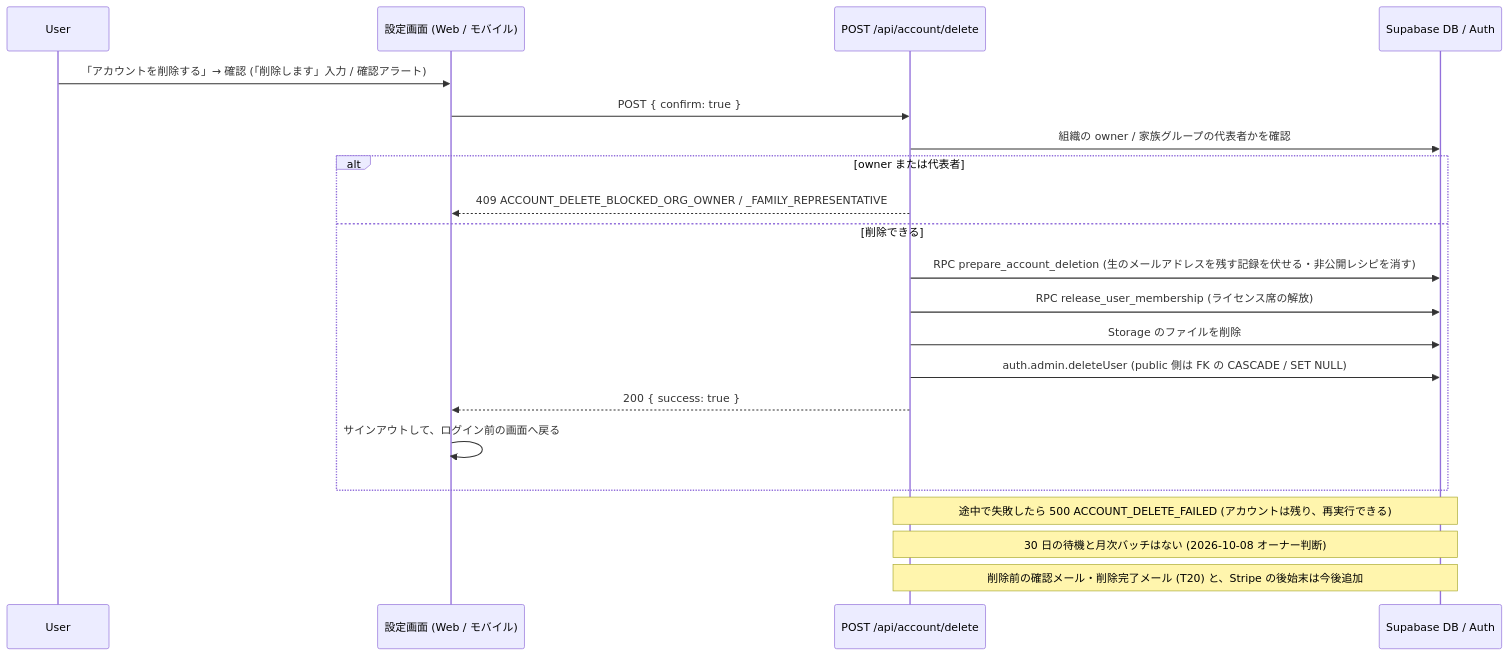
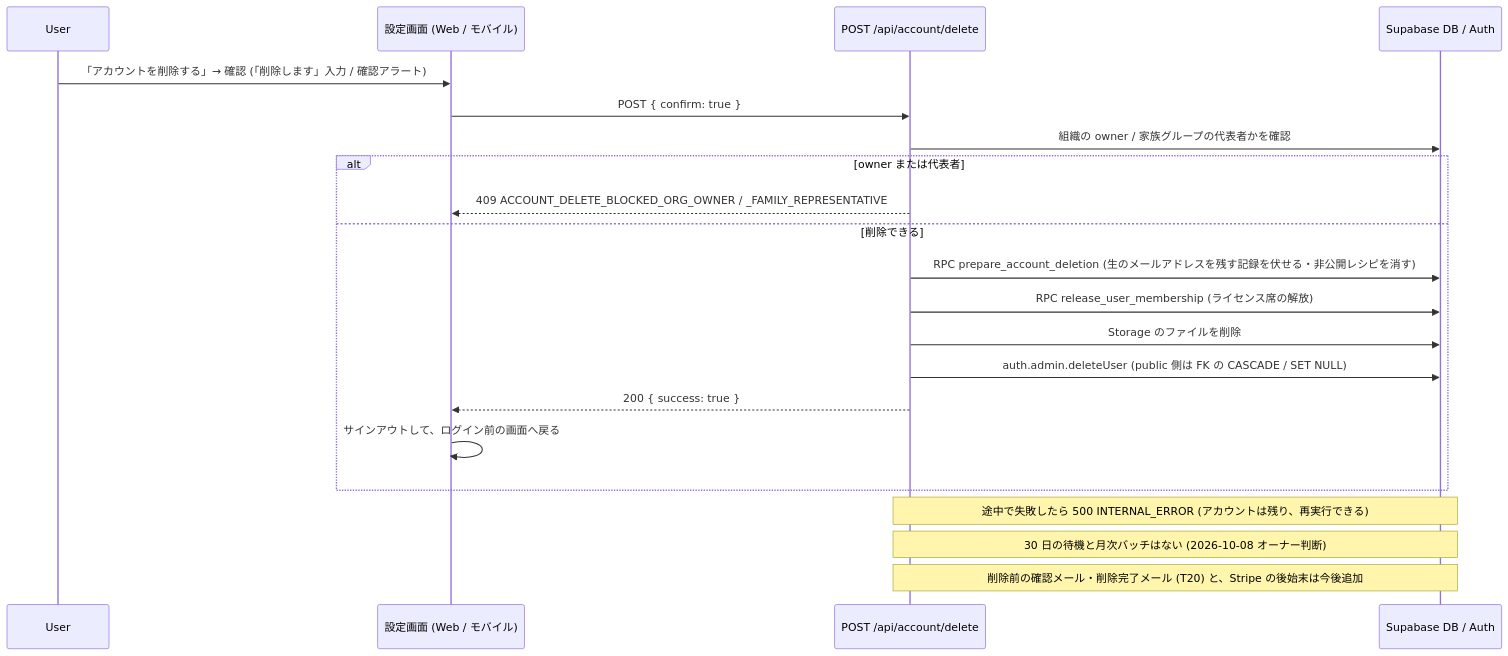
One commit to DaisukeHori/homegohan-app changed the diagram in docs/design/operator/09-runbook.md. Above: the diagram before and after it, drawn with Mermaid. The commit also changed other lines of this file and 2 other files, not shown here.

````diff
--- a/docs/design/operator/09-runbook.md
+++ b/docs/design/operator/09-runbook.md
@@ -690,25 +690,25 @@
 ```mermaid
 sequenceDiagram
   participant User
   participant App as 設定画面 (Web / モバイル)
   participant API as POST /api/account/delete
   participant DB as Supabase DB / Auth
 
   User->>App: 「アカウントを削除する」→ 確認 (「削除します」入力 / 確認アラート)
   App->>API: POST { confirm: true }
   API->>DB: 組織の owner / 家族グループの代表者かを確認
   alt owner または代表者
     API-->>App: 409 ACCOUNT_DELETE_BLOCKED_ORG_OWNER / _FAMILY_REPRESENTATIVE
   else 削除できる
     API->>DB: RPC prepare_account_deletion (生のメールアドレスを残す記録を伏せる・非公開レシピを消す)
     API->>DB: RPC release_user_membership (ライセンス席の解放)
     API->>DB: Storage のファイルを削除
     API->>DB: auth.admin.deleteUser (public 側は FK の CASCADE / SET NULL)
     API-->>App: 200 { success: true }
     App->>App: サインアウトして、ログイン前の画面へ戻る
   end
-  Note over API,DB: 途中で失敗したら 500 ACCOUNT_DELETE_FAILED (アカウントは残り、再実行できる)
+  Note over API,DB: 途中で失敗したら 500 INTERNAL_ERROR (アカウントは残り、再実行できる)
 
   Note over API,DB: 30 日の待機と月次バッチはない (2026-10-08 オーナー判断)
   Note over API,DB: 削除前の確認メール・削除完了メール (T20) と、Stripe の後始末は今後追加
 ```
````
